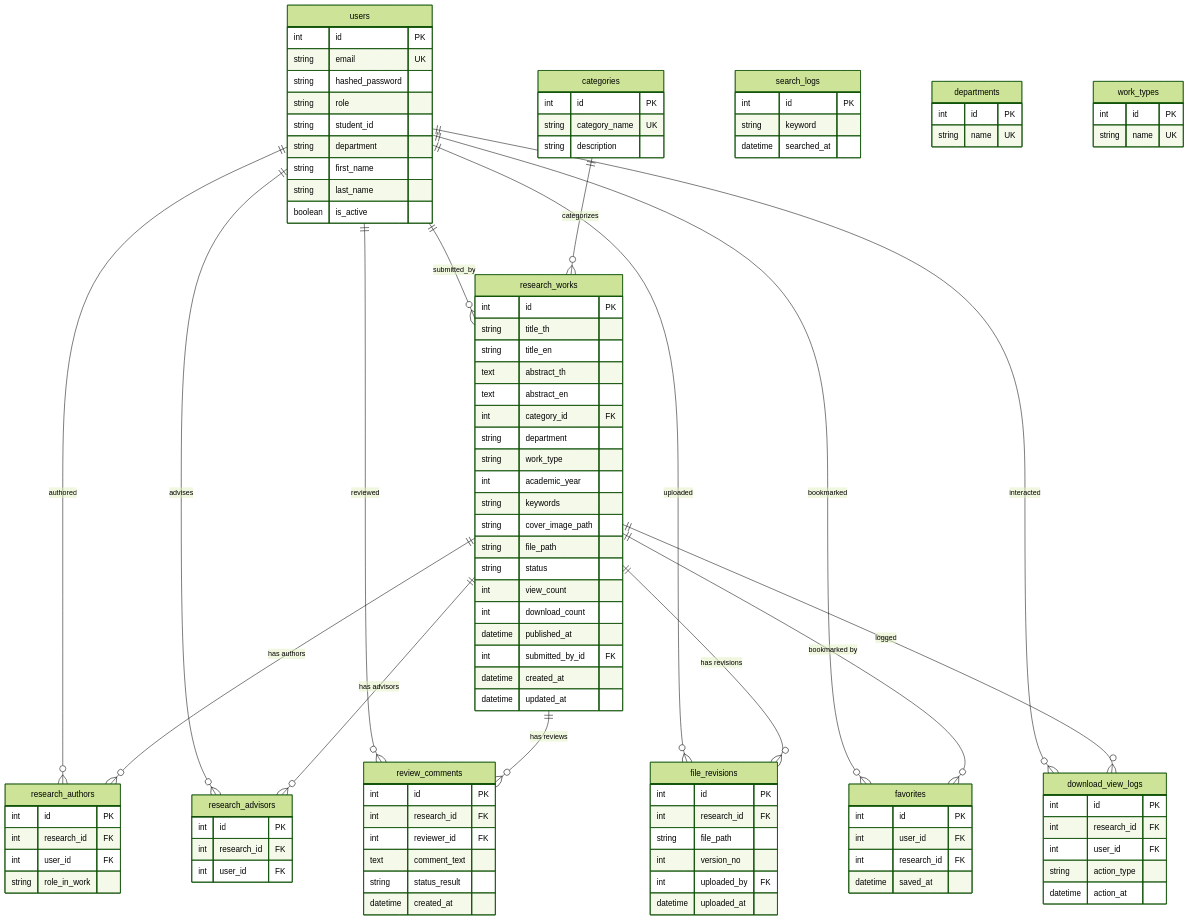
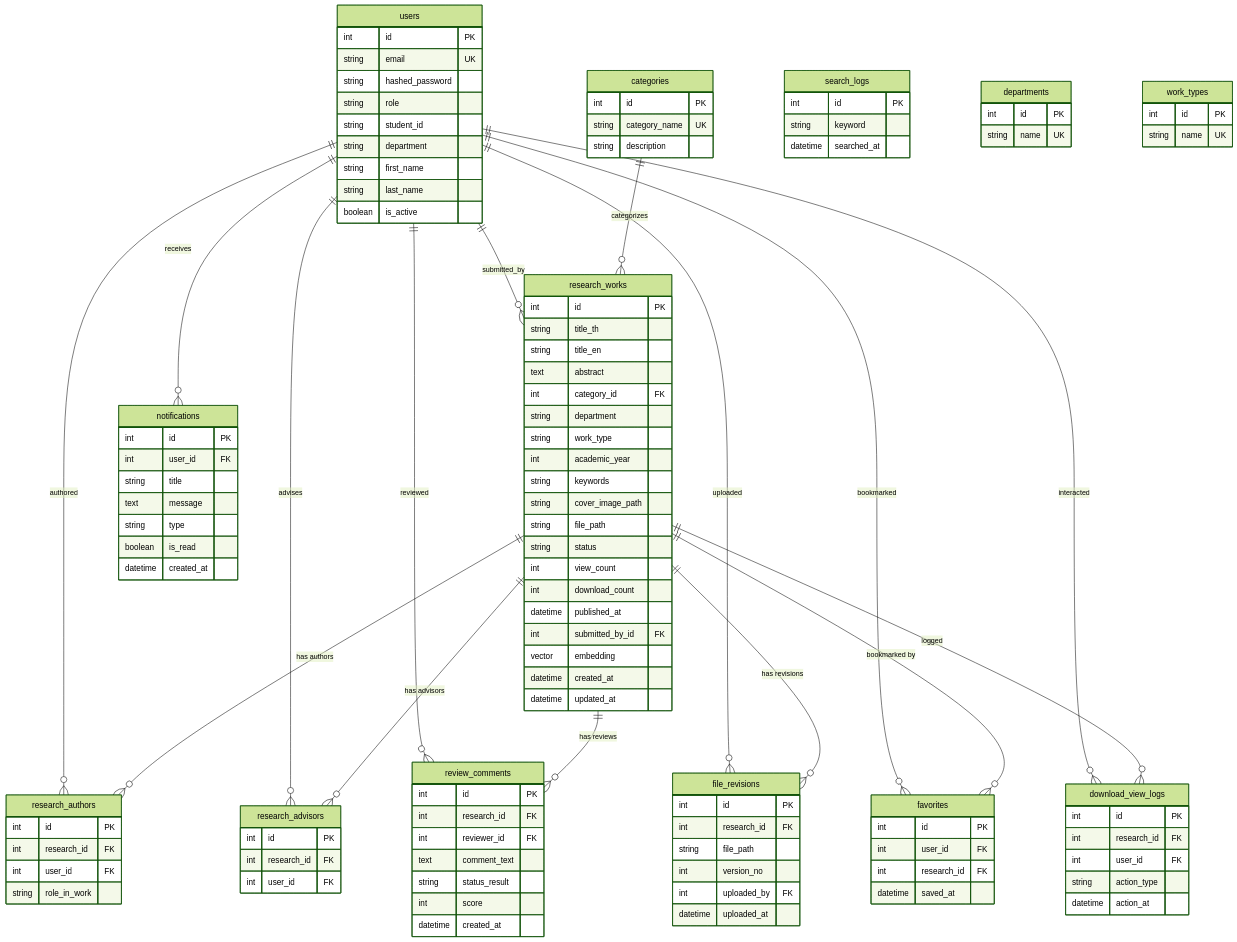
Before and after one commit to Phoomss/UniResearch: the fourth of 4 diagrams in docs/UniResearch_Project_Requirements.md, drawn with Mermaid (forest theme). The commit also changed other lines of this file and 2 other files, not shown here.

Commit message:
feat: enhance infrastructure documentation and UML diagrams with AI integration details

````diff
--- a/docs/UniResearch_Project_Requirements.md
+++ b/docs/UniResearch_Project_Requirements.md
@@ -437,6 +460,7 @@
     users ||--o{ file_revisions : "uploaded"
     users ||--o{ favorites : "bookmarked"
     users ||--o{ download_view_logs : "interacted"
+    users ||--o{ notifications : "receives"
 
     research_works ||--o{ research_authors : "has authors"
     research_works ||--o{ research_advisors : "has advisors"
@@ -463,8 +487,7 @@
         int id PK
         string title_th
         string title_en
-        text abstract_th
-        text abstract_en
+        text abstract
         int category_id FK
         string department
         string work_type
@@ -477,6 +500,7 @@
         int download_count
         datetime published_at
         int submitted_by_id FK
+        vector embedding
         datetime created_at
         datetime updated_at
     }
@@ -515,6 +539,7 @@
         int reviewer_id FK
         text comment_text
         string status_result
+        int score
         datetime created_at
     }
 
@@ -548,4 +573,14 @@
         int id PK
         string name UK
     }
+
+    notifications {
+        int id PK
+        int user_id FK
+        string title
+        text message
+        string type
+        boolean is_read
+        datetime created_at
+    }
 ```
````
